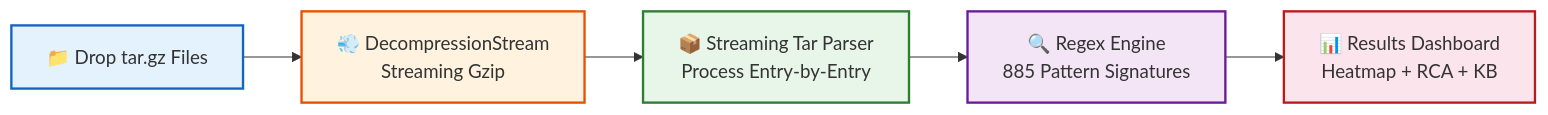
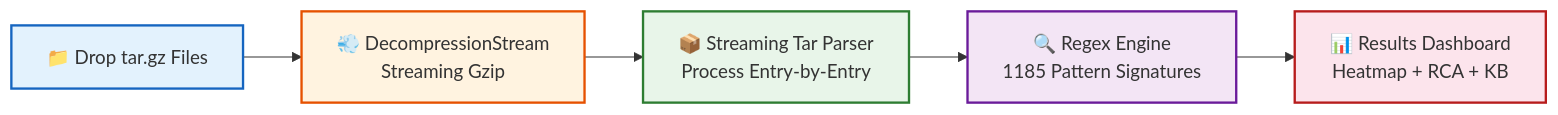
One commit to yadakrishna245/Log_analysis changed the second of 17 diagrams in README.md. Above: the diagram before and after it, drawn with Mermaid. The commit also changed other lines of this file and 7 other files, not shown here.

````diff
--- a/README.md
+++ b/README.md
@@ -201,13 +201,13 @@
 ```mermaid
 flowchart LR
     A[📁 Drop tar.gz Files] --> B[💨 DecompressionStream<br/>Streaming Gzip]
     B --> C[📦 Streaming Tar Parser<br/>Process Entry-by-Entry]
-    C --> D[🔍 Regex Engine<br/>885 Pattern Signatures]
+    C --> D[🔍 Regex Engine<br/>1185 Pattern Signatures]
     D --> E[📊 Results Dashboard<br/>Heatmap + RCA + KB]
 
     style A fill:#e3f2fd,stroke:#1565c0,stroke-width:2px
     style B fill:#fff3e0,stroke:#e65100,stroke-width:2px
     style C fill:#e8f5e9,stroke:#2e7d32,stroke-width:2px
     style D fill:#f3e5f5,stroke:#6a1b9a,stroke-width:2px
     style E fill:#fce4ec,stroke:#b71c1c,stroke-width:2px
 ```
````
